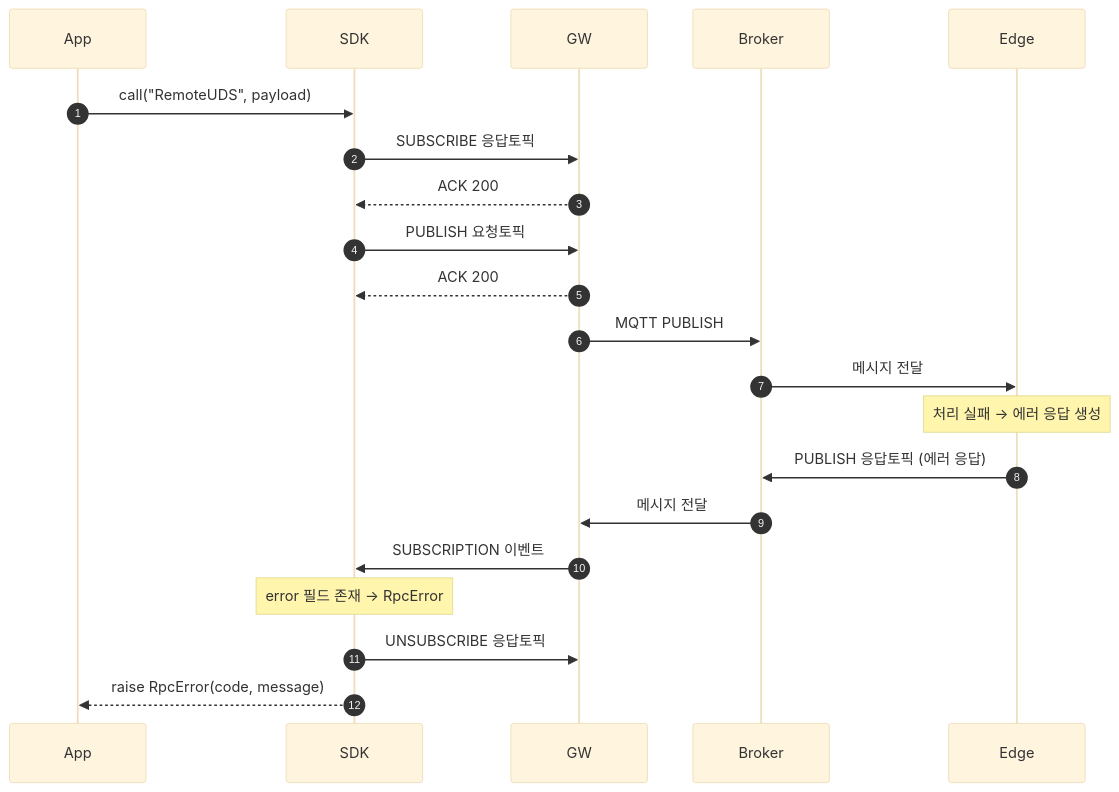
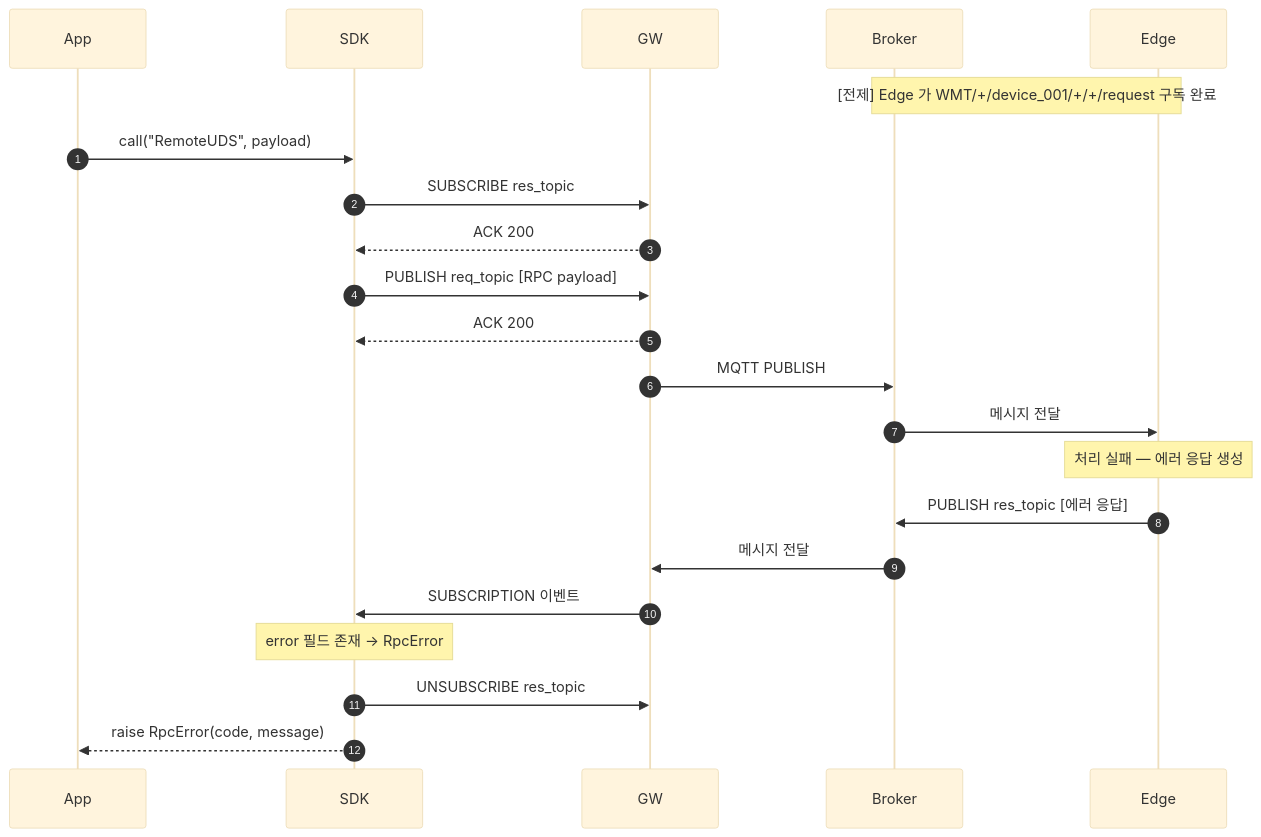
One commit to DongEunKim/MQTT-WSS-API changed the third of 12 diagrams in docs/RPC_SEQUENCE_DIAGRAMS.md. Above: the diagram before and after it, drawn with Mermaid (base theme). The commit also changed other lines of this file, not shown here.

First line of the commit message:
docs: 시퀀스 다이어그램 시인성 개선 및 모든 패턴에 Edge 사전 구독 전제 추가

````diff
--- a/docs/RPC_SEQUENCE_DIAGRAMS.md
+++ b/docs/RPC_SEQUENCE_DIAGRAMS.md
@@ -136,28 +141,30 @@
 ```mermaid
 sequenceDiagram
     autonumber
     participant App
     participant SDK
     participant GW
     participant Broker
     participant Edge
 
+    Note over Edge,Broker: [전제] Edge 가 WMT/+/device_001/+/+/request 구독 완료
+
     App->>SDK: call("RemoteUDS", payload)
-    SDK->>GW: SUBSCRIBE 응답토픽
+    SDK->>GW: SUBSCRIBE res_topic
     GW-->>SDK: ACK 200
-    SDK->>GW: PUBLISH 요청토픽
+    SDK->>GW: PUBLISH req_topic [RPC payload]
     GW-->>SDK: ACK 200
     GW->>Broker: MQTT PUBLISH
     Broker->>Edge: 메시지 전달
 
-    Note over Edge: 처리 실패 → 에러 응답 생성
+    Note over Edge: 처리 실패 — 에러 응답 생성
 
-    Edge->>Broker: PUBLISH 응답토픽 (에러 응답)
+    Edge->>Broker: PUBLISH res_topic [에러 응답]
     Broker->>GW: 메시지 전달
     GW->>SDK: SUBSCRIPTION 이벤트
 
     Note over SDK: error 필드 존재 → RpcError
 
-    SDK->>GW: UNSUBSCRIBE 응답토픽
+    SDK->>GW: UNSUBSCRIBE res_topic
     SDK-->>App: raise RpcError(code, message)
 ```
````
